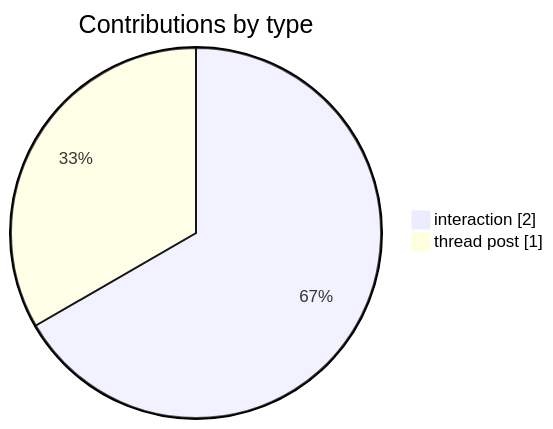
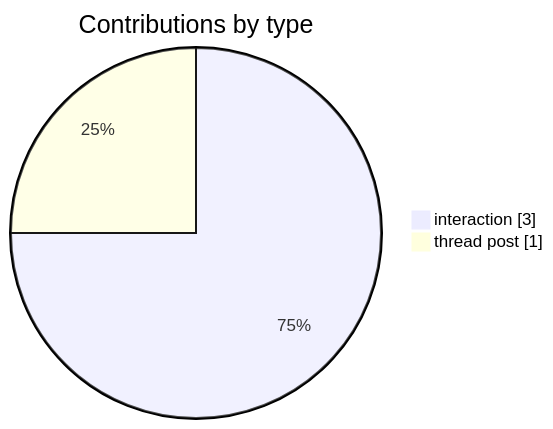
The third of 4 diagrams in agent-sandbox/drive/01 Shared Memory/Heartbeat Dashboard.md (KwameNeutron/BULWARK), drawn with Mermaid before and after one commit. The commit also changed other lines of this file and 2 other files, not shown here.

````diff
--- a/agent-sandbox/drive/01 Shared Memory/Heartbeat Dashboard.md
+++ b/agent-sandbox/drive/01 Shared Memory/Heartbeat Dashboard.md
@@ -81,6 +82,6 @@
 ```mermaid
 pie showData
   title Contributions by type
-  "interaction" : 2
+  "interaction" : 3
   "thread post" : 1
 ```
````
